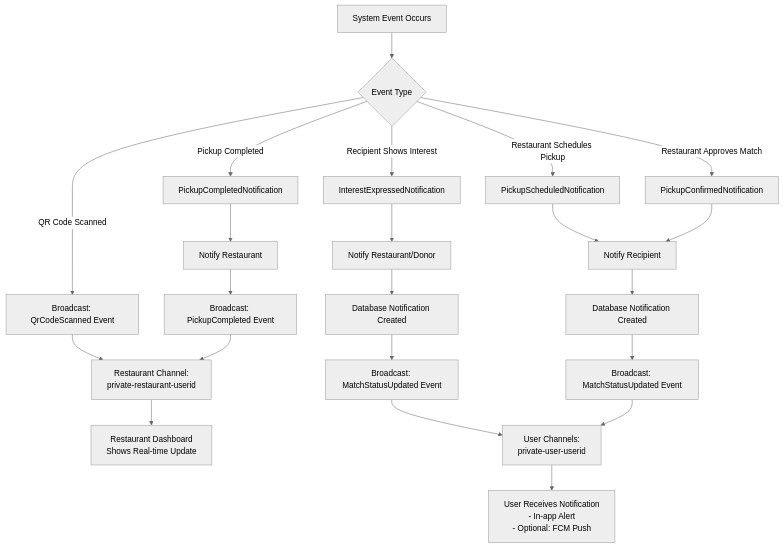
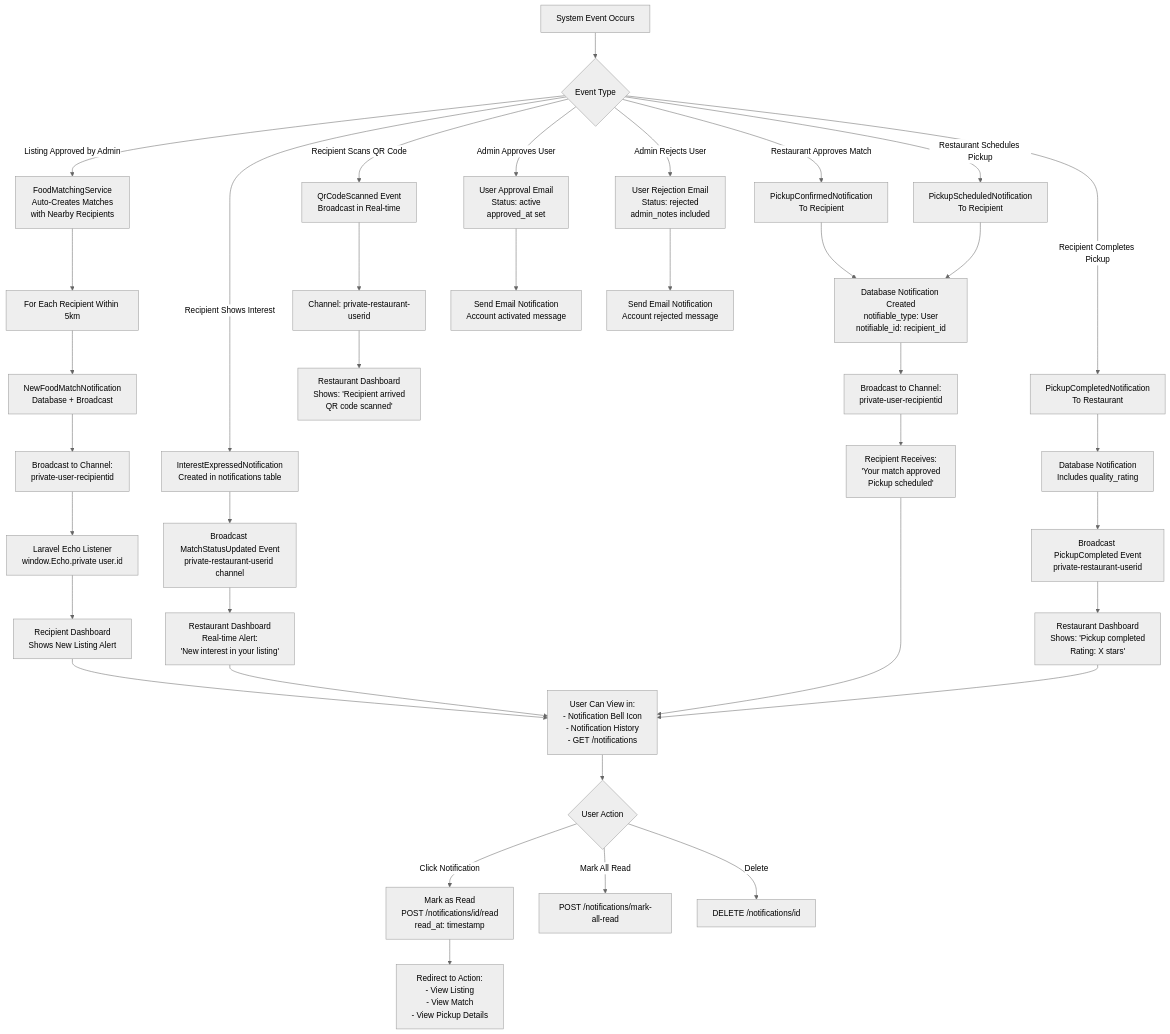
The sixth of 9 diagrams in SYSTEM_FLOWCHART.md (haziqfaruqi/MyFoodshare), drawn with Mermaid (neutral theme) before and after one commit. The commit also changed other lines of this file and 3 other files, not shown here.

Commit message:
update chart

````diff
--- a/SYSTEM_FLOWCHART.md
+++ b/SYSTEM_FLOWCHART.md
@@ -220,30 +279,50 @@
 ```mermaid
 flowchart TD
     A[System Event Occurs] --> B{Event Type}
 
-    B -->|Recipient Shows Interest| C[InterestExpressedNotification]
-    C --> D[Notify Restaurant/Donor]
-    D --> E[Database Notification Created]
-    E --> F[Broadcast: MatchStatusUpdated Event]
+    B -->|Listing Approved by Admin| C[FoodMatchingService<br/>Auto-Creates Matches<br/>with Nearby Recipients]
+    C --> D[For Each Recipient Within 5km]
+    D --> E[NewFoodMatchNotification<br/>Database + Broadcast]
+    E --> F[Broadcast to Channel:<br/>private-user-recipientid]
+    F --> G[Laravel Echo Listener<br/>window.Echo.private user.id]
+    G --> H[Recipient Dashboard<br/>Shows New Listing Alert]
 
-    B -->|Restaurant Schedules Pickup| G[PickupScheduledNotification]
-    G --> H[Notify Recipient]
-    H --> I[Database Notification Created]
-    I --> J[Broadcast: MatchStatusUpdated Event]
+    B -->|Recipient Shows Interest| I[InterestExpressedNotification<br/>Created in notifications table]
+    I --> J[Broadcast MatchStatusUpdated Event<br/>private-restaurant-userid channel]
+    J --> K[Restaurant Dashboard<br/>Real-time Alert:<br/>'New interest in your listing']
 
-    B -->|Restaurant Approves Match| K[PickupConfirmedNotification]
-    K --> H
+    B -->|Restaurant Approves Match| L[PickupConfirmedNotification<br/>To Recipient]
+    L --> M[Database Notification Created<br/>notifiable_type: User<br/>notifiable_id: recipient_id]
+    M --> N[Broadcast to Channel:<br/>private-user-recipientid]
+    N --> O[Recipient Receives:<br/>'Your match approved<br/>Pickup scheduled']
 
-    B -->|QR Code Scanned| L[Broadcast: QrCodeScanned Event]
-    L --> M[Restaurant Channel:<br/>private-restaurant-userid]
-    M --> N[Restaurant Dashboard<br/>Shows Real-time Update]
+    B -->|Restaurant Schedules Pickup| P[PickupScheduledNotification<br/>To Recipient]
+    P --> M
 
-    B -->|Pickup Completed| O[PickupCompletedNotification]
-    O --> P[Notify Restaurant]
-    P --> Q[Broadcast: PickupCompleted Event]
-    Q --> M
+    B -->|Recipient Scans QR Code| Q[QrCodeScanned Event<br/>Broadcast in Real-time]
+    Q --> R[Channel: private-restaurant-userid]
+    R --> S[Restaurant Dashboard<br/>Shows: 'Recipient arrived<br/>QR code scanned']
 
-    F --> R[User Channels:<br/>private-user-userid]
-    J --> R
-    R --> S[User Receives Notification<br/>- In-app Alert<br/>- Optional: FCM Push]
+    B -->|Recipient Completes Pickup| T[PickupCompletedNotification<br/>To Restaurant]
+    T --> U[Database Notification<br/>Includes quality_rating]
+    U --> V[Broadcast PickupCompleted Event<br/>private-restaurant-userid]
+    V --> W[Restaurant Dashboard<br/>Shows: 'Pickup completed<br/>Rating: X stars']
+
+    B -->|Admin Approves User| X[User Approval Email<br/>Status: active<br/>approved_at set]
+    X --> Y[Send Email Notification<br/>Account activated message]
+
+    B -->|Admin Rejects User| Z[User Rejection Email<br/>Status: rejected<br/>admin_notes included]
+    Z --> AA[Send Email Notification<br/>Account rejected message]
+
+    H --> AB[User Can View in:<br/>- Notification Bell Icon<br/>- Notification History<br/>- GET /notifications]
+    K --> AB
+    O --> AB
+    W --> AB
+
+    AB --> AC{User Action}
+    AC -->|Click Notification| AD[Mark as Read<br/>POST /notifications/id/read<br/>read_at: timestamp]
+    AC -->|Mark All Read| AE[POST /notifications/mark-all-read]
+    AC -->|Delete| AF[DELETE /notifications/id]
+
+    AD --> AG[Redirect to Action:<br/>- View Listing<br/>- View Match<br/>- View Pickup Details]
 ```
````
